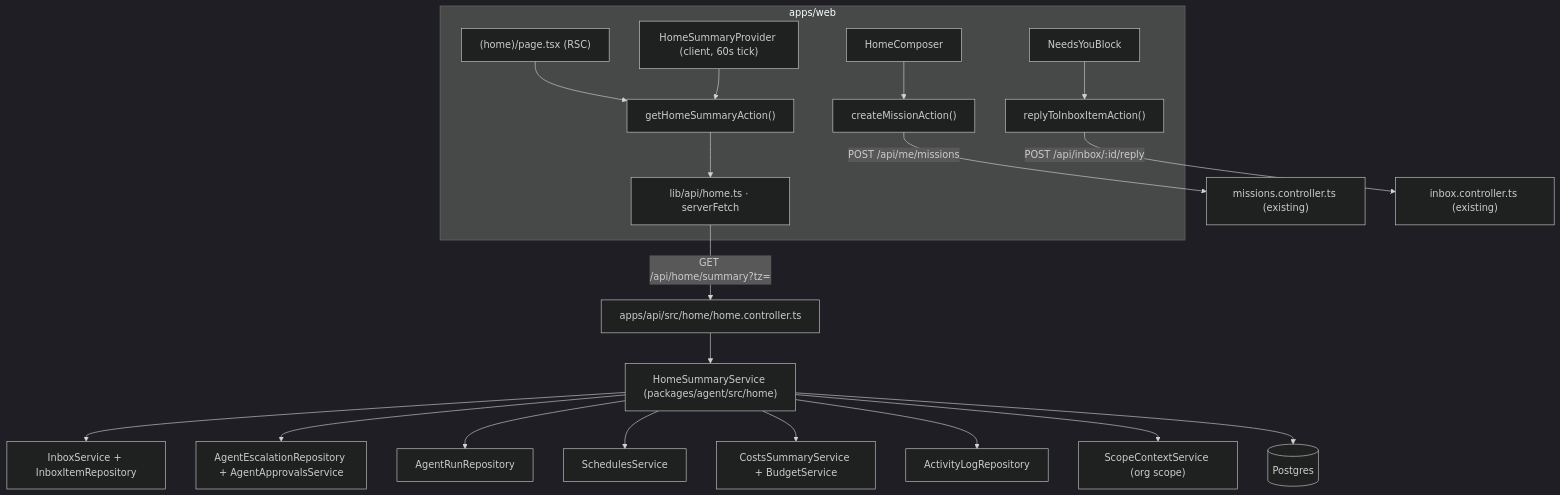
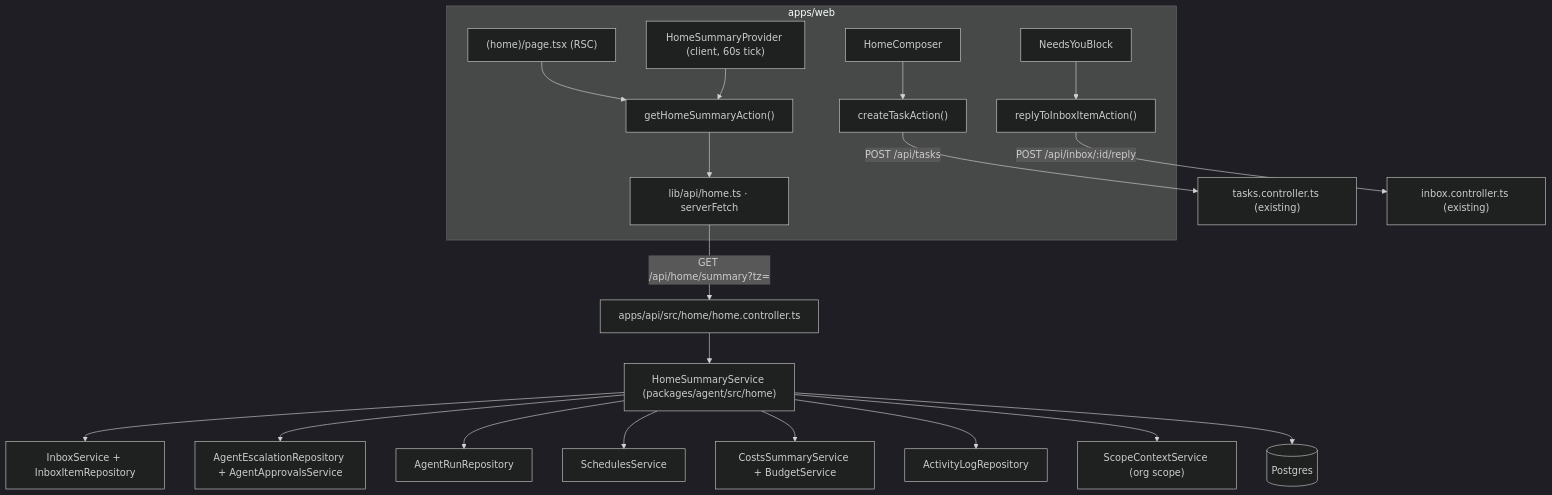
One commit to ever-works/ever-works changed the diagram in docs/specs/features/agent-workspace/AW-19-home/plan.md. Above: the diagram before and after it, drawn with Mermaid (dark theme). The commit also changed other lines of this file and 25 other files, not shown here.

````diff
--- a/docs/specs/features/agent-workspace/AW-19-home/plan.md
+++ b/docs/specs/features/agent-workspace/AW-19-home/plan.md
@@ -93,22 +93,22 @@
 ```mermaid
 flowchart TD
     subgraph web["apps/web"]
         P["(home)/page.tsx (RSC)"] --> A["getHomeSummaryAction()"]
         C["HomeSummaryProvider (client, 60s tick)"] --> A
-        K["HomeComposer"] --> M["createMissionAction()"]
+        K["HomeComposer"] --> M["createTaskAction()"]
         N["NeedsYouBlock"] --> R["replyToInboxItemAction()"]
         A --> HC["lib/api/home.ts · serverFetch"]
     end
     HC -->|"GET /api/home/summary?tz="| HCTL["apps/api/src/home/home.controller.ts"]
-    M -->|"POST /api/me/missions"| MCTL["missions.controller.ts (existing)"]
+    M -->|"POST /api/tasks"| MCTL["tasks.controller.ts (existing)"]
     R -->|"POST /api/inbox/:id/reply"| ICTL["inbox.controller.ts (existing)"]
     HCTL --> HS["HomeSummaryService (packages/agent/src/home)"]
     HS --> D1["InboxService + InboxItemRepository"]
     HS --> D2["AgentEscalationRepository + AgentApprovalsService"]
     HS --> D3["AgentRunRepository"]
     HS --> D4["SchedulesService"]
     HS --> D5["CostsSummaryService + BudgetService"]
     HS --> D6["ActivityLogRepository"]
     HS --> SC["ScopeContextService (org scope)"]
     HS --> DB[("Postgres")]
 ```
````
